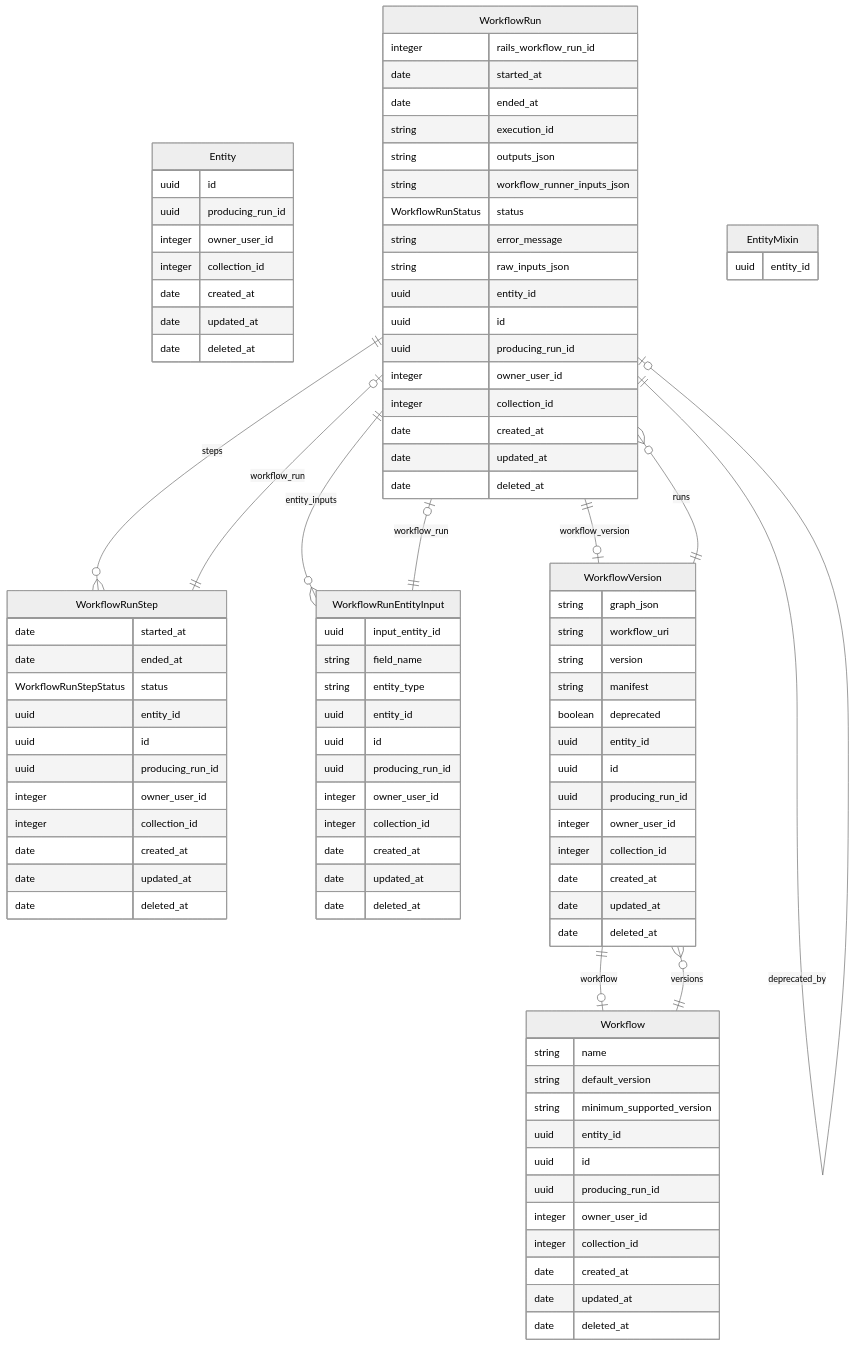
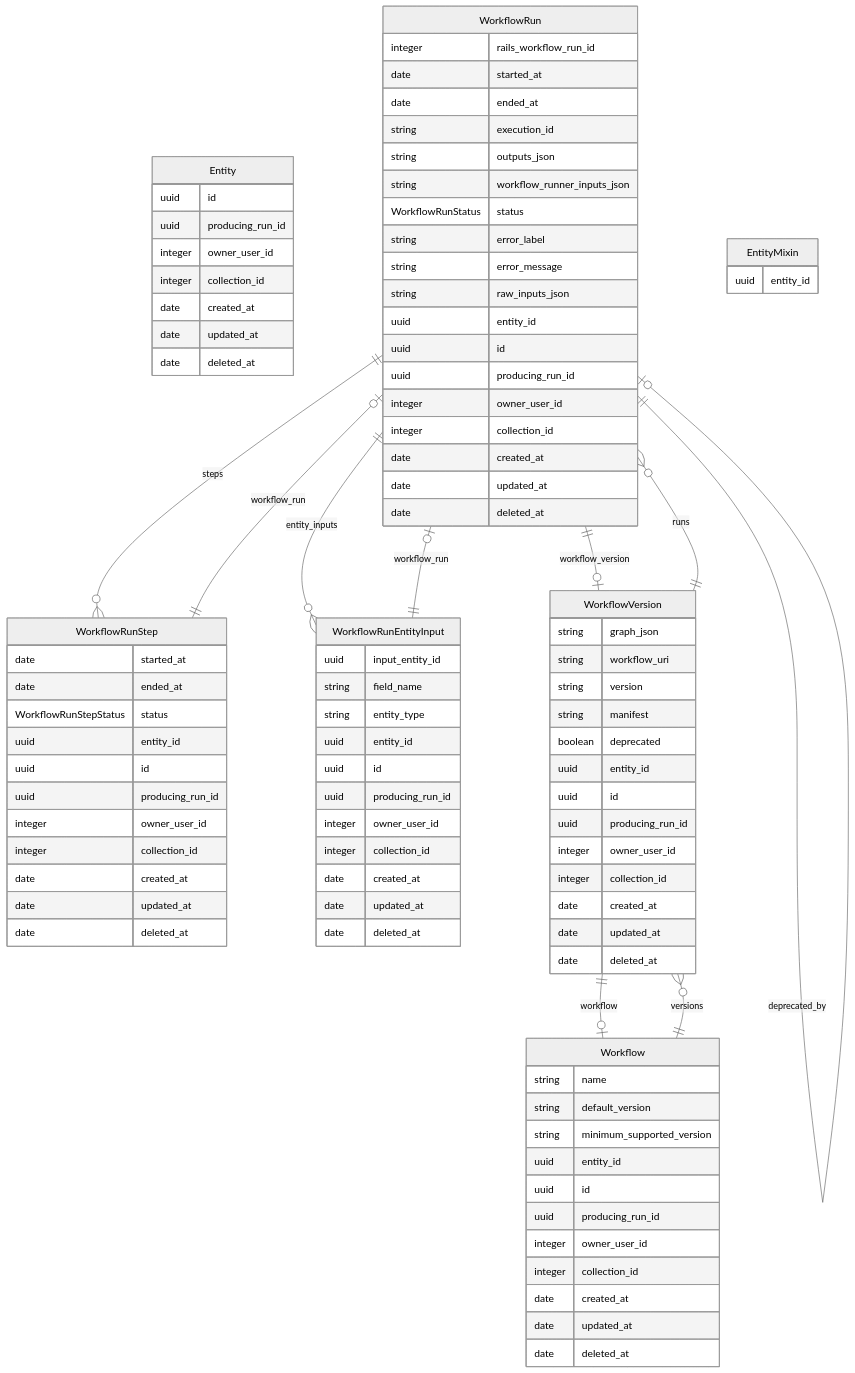
One commit to chanzuckerberg/czid-platformics changed the diagram in workflows/schema/README.md. Above: the diagram before and after it, drawn with Mermaid (neutral theme). The commit also changed 13 other files, not shown here.

First line of the commit message:
Add error label to workflow run (#299)

```diff
--- a/workflows/schema/README.md
+++ b/workflows/schema/README.md
@@ -17,6 +17,7 @@
     string outputs_json  
     string workflow_runner_inputs_json  
     WorkflowRunStatus status  
+    string error_label  
     string error_message  
     string raw_inputs_json  
     uuid entity_id  
```
